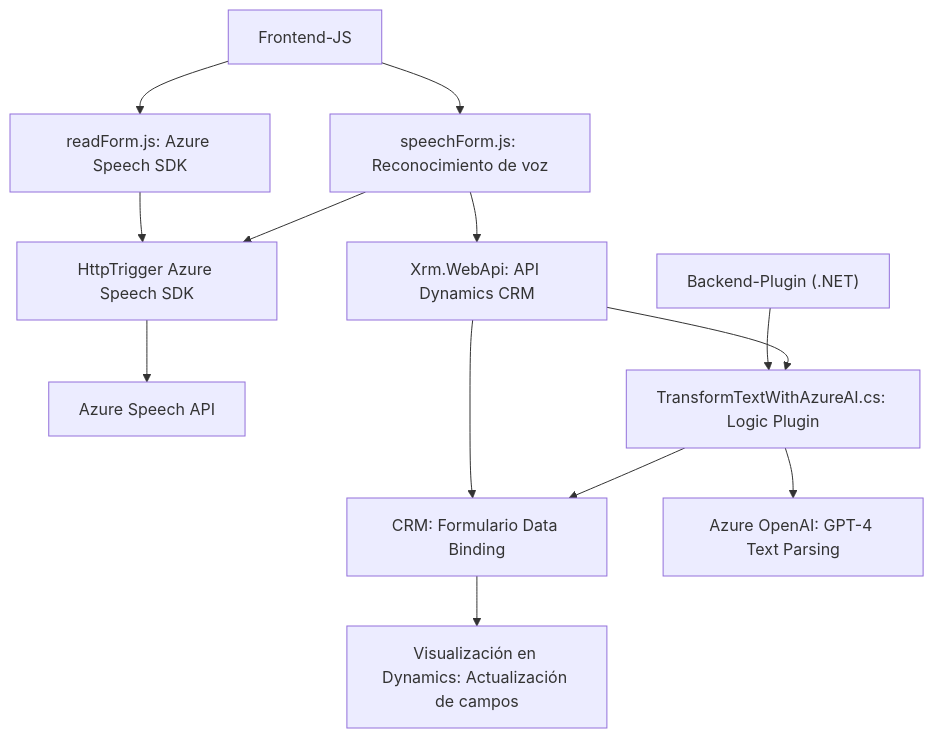
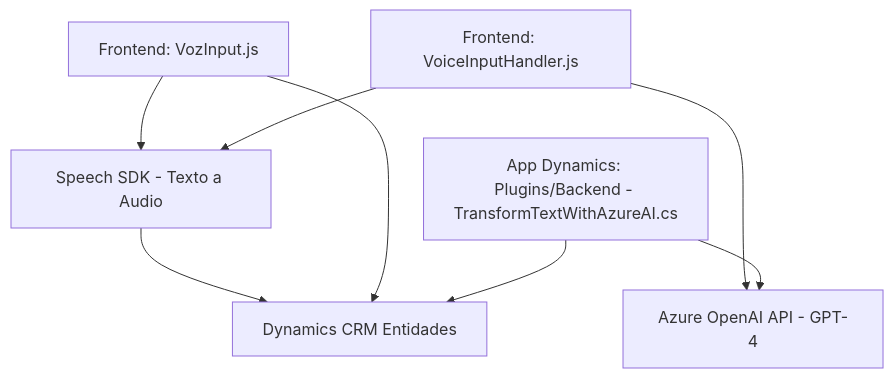
Before and after one commit to blopezdm/NETCORE_BILBAO2025: the diagram in README.md, drawn with Mermaid. The commit also changed other lines of this file, not shown here.

````diff
--- a/README.md
+++ b/README.md
@@ -41,15 +48,18 @@
 ```mermaid
 graph TD
-  A["Frontend-JS"] --> B["readForm.js: Azure Speech SDK"]
-  A --> C["speechForm.js: Reconocimiento de voz"]
-  B --> D["HttpTrigger Azure Speech SDK"]
+  A["App Dynamics: Plugins/Backend - TransformTextWithAzureAI.cs"]
+  B["Frontend: VozInput.js"]
+  C["Frontend: VoiceInputHandler.js"]
+  D["Speech SDK - Texto a Audio"]
+  E["Azure OpenAI API - GPT-4"]
+  F["Dynamics CRM Entidades"]
+
+  B --> D
   C --> D
-  D --> E["Azure Speech API"]
-  C --> F["Xrm.WebApi: API Dynamics CRM"]
-  F --> G["CRM: Formulario Data Binding"]
-  G --> H["Visualización en Dynamics: Actualización de campos"]
-  I["Backend-Plugin (.NET)"] --> J["TransformTextWithAzureAI.cs: Logic Plugin"]
-  J --> K["Azure OpenAI: GPT-4 Text Parsing"]
-  F --> J
-  J --> G
+  C --> E
+  D --> F
+
+  B --> F
+  A --> E
+  A --> F
 ```
````
